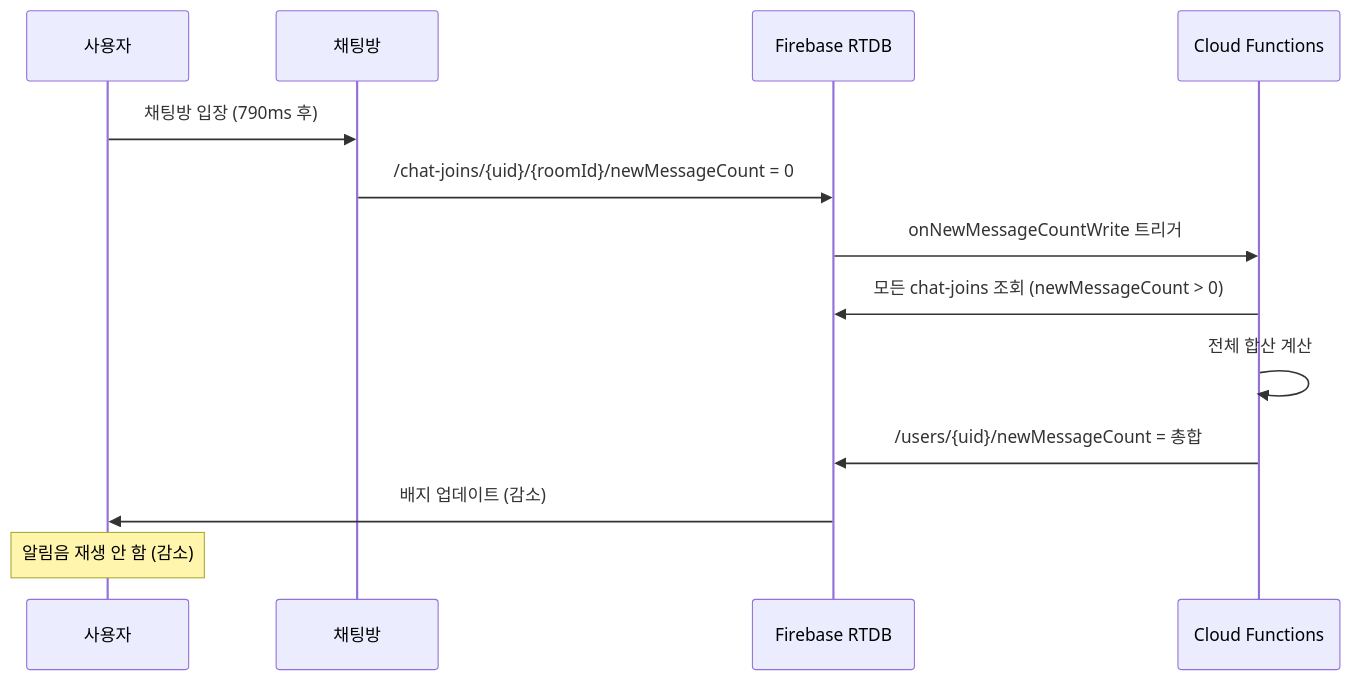
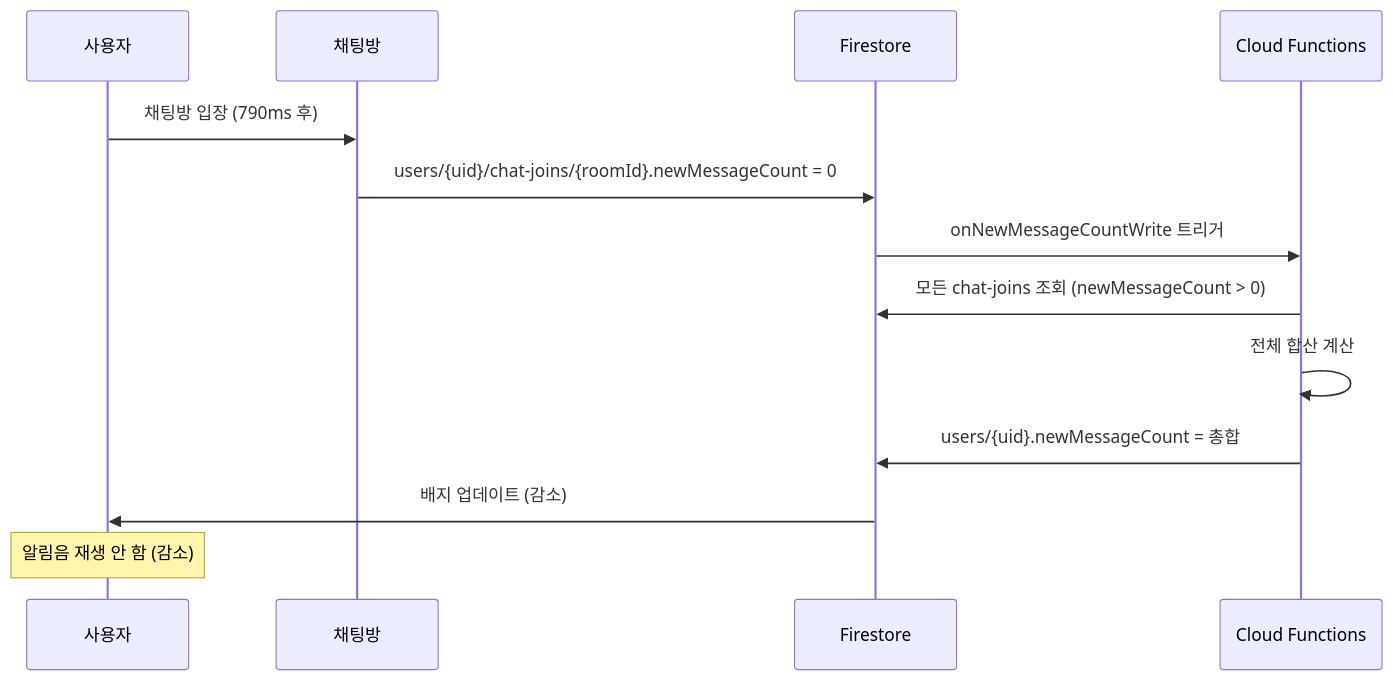
The second of 2 diagrams in specs/sonub-chat-notification-sound.md (thruthesky/sonub), drawn with Mermaid before and after one commit. The commit also changed other lines of this file and 9 other files, not shown here.

First line of the commit message:
Refactor Firebase specifications and update chat notification system

````diff
--- a/specs/sonub-chat-notification-sound.md
+++ b/specs/sonub-chat-notification-sound.md
@@ -394,16 +392,16 @@
 ```mermaid
 sequenceDiagram
     participant User as 사용자
     participant Chat as 채팅방
-    participant RTDB as Firebase RTDB
+    participant Firestore as Firestore
     participant CF as Cloud Functions
 
     User->>Chat: 채팅방 입장 (790ms 후)
-    Chat->>RTDB: /chat-joins/{uid}/{roomId}/newMessageCount = 0
-    RTDB->>CF: onNewMessageCountWrite 트리거
-    CF->>RTDB: 모든 chat-joins 조회 (newMessageCount > 0)
+    Chat->>Firestore: users/{uid}/chat-joins/{roomId}.newMessageCount = 0
+    Firestore->>CF: onNewMessageCountWrite 트리거
+    CF->>Firestore: 모든 chat-joins 조회 (newMessageCount > 0)
     CF->>CF: 전체 합산 계산
-    CF->>RTDB: /users/{uid}/newMessageCount = 총합
-    RTDB->>User: 배지 업데이트 (감소)
+    CF->>Firestore: users/{uid}.newMessageCount = 총합
+    Firestore->>User: 배지 업데이트 (감소)
     Note over User: 알림음 재생 안 함 (감소)
 ```
````
